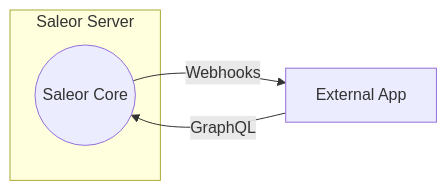
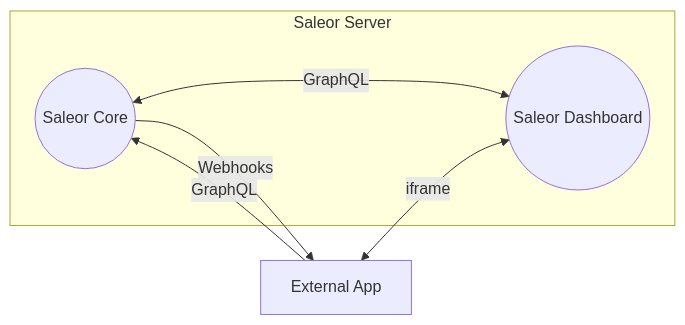
The first of 2 diagrams in docs/developer/extending/overview.mdx (saleor/saleor-docs), drawn with Mermaid before and after one commit. The commit also changed other lines of this file, not shown here.

````diff
--- a/docs/developer/extending/overview.mdx
+++ b/docs/developer/extending/overview.mdx
@@ -11,8 +24,11 @@
 ```mermaid
 graph LR
   C -->|Webhooks| A[External App]
   A -->|GraphQL| C
+  C <-->|GraphQL| D
+  A <-->|iframe| D
   subgraph Saleor Server
     C((Saleor Core))
+    D((Saleor Dashboard))
   end
 ```
````
